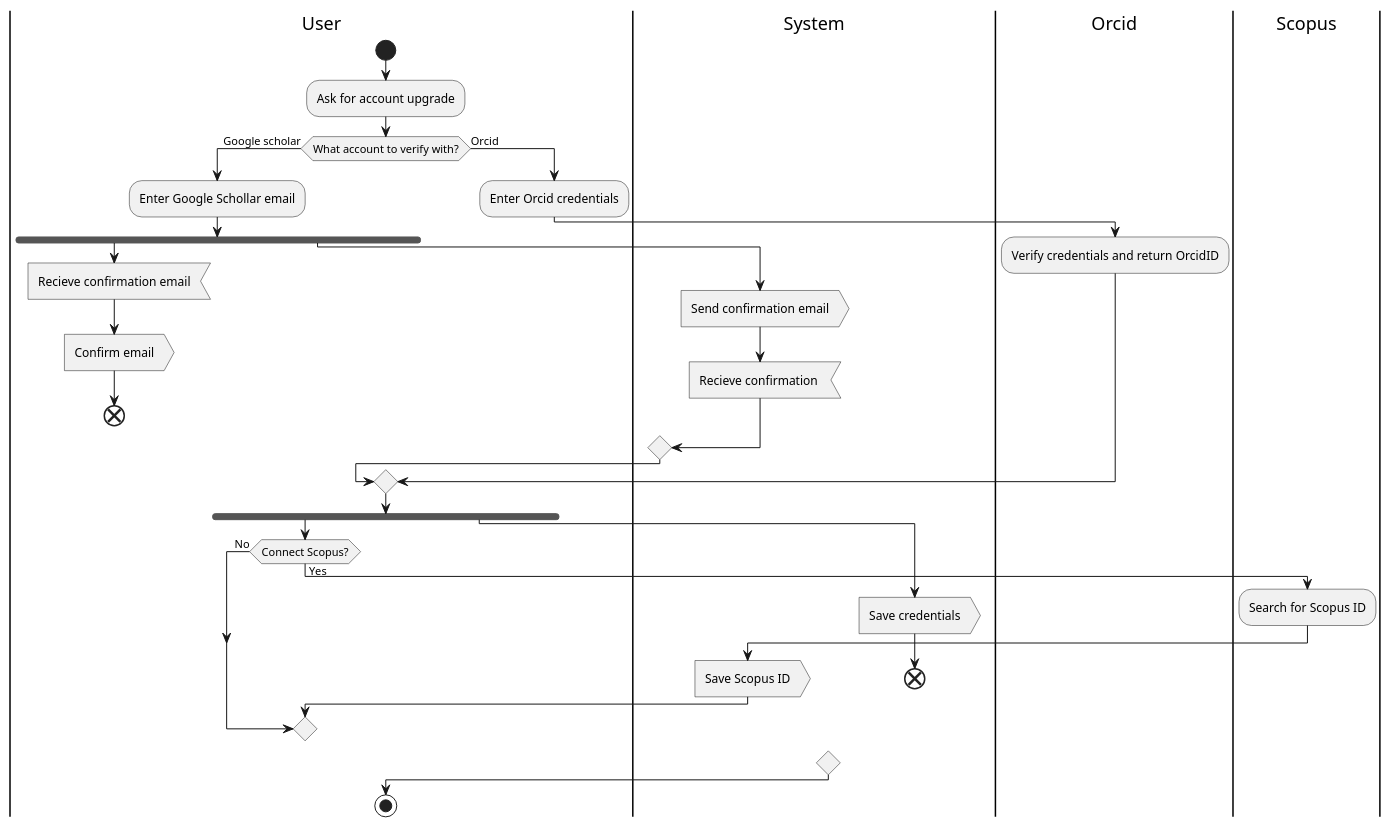
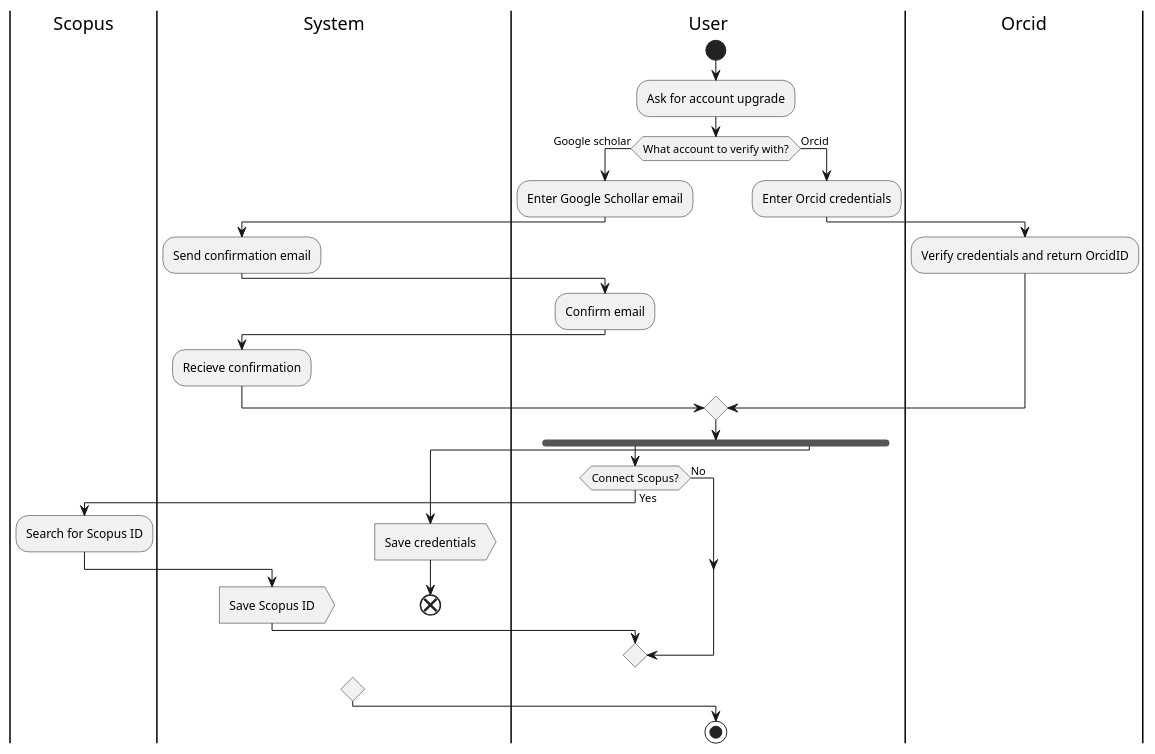
Before and after one commit to LenivyKrabik/KPI2: the diagram in Lab4/artifacts/update-account-status.puml, drawn with PlantUML. The commit also changed 1 other file, not shown here.

Commit message:
Made email confirm into sequence and improved visibility

```diff
--- a/Lab4/artifacts/update-account-status.puml
+++ b/Lab4/artifacts/update-account-status.puml
@@ -1,50 +1,49 @@
 @startuml
+|Scopus|
+|System|
 |User|
-|System|
+
 |Orcid|
-|Scopus|
+
 
 |User|
 start
 :Ask for account upgrade;
+
 if (What account to verify with?) then (Google scholar)
+
     |User|
     :Enter Google Schollar email;
-    fork
-        |User|
-        :Recieve confirmation email; <<input>> 
-        :Confirm email; <<output>> 
-        end
-    fork again
-        |System|
-        :Send confirmation email; <<output>> 
-        :Recieve confirmation ; <<input>> 
-    end merge
+    |System|
+    :Send confirmation email;
+    |User|
+    :Confirm email;
+    |System|
+    :Recieve confirmation;
 
 else (Orcid)
     |User|
     :Enter Orcid credentials;
     |Orcid|
     :Verify credentials and return OrcidID;
 
 endif
 fork
     |User|
     if (Connect Scopus?) then (No)
     else (Yes)
         |Scopus|
         :Search for Scopus ID;
         |System|
         :Save Scopus ID; <<output>>
     endif
-
 fork again
     |System|
     :Save credentials; <<output>>
     end
 
 end merge
 
 |User|
 stop
-@enduml 
+@enduml
```
